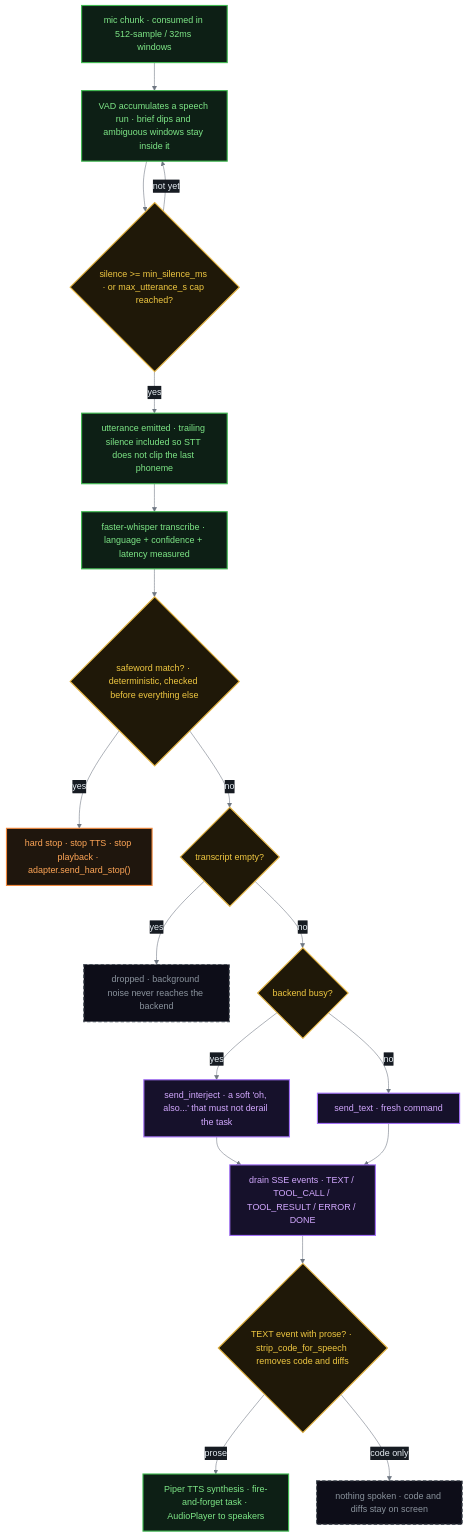
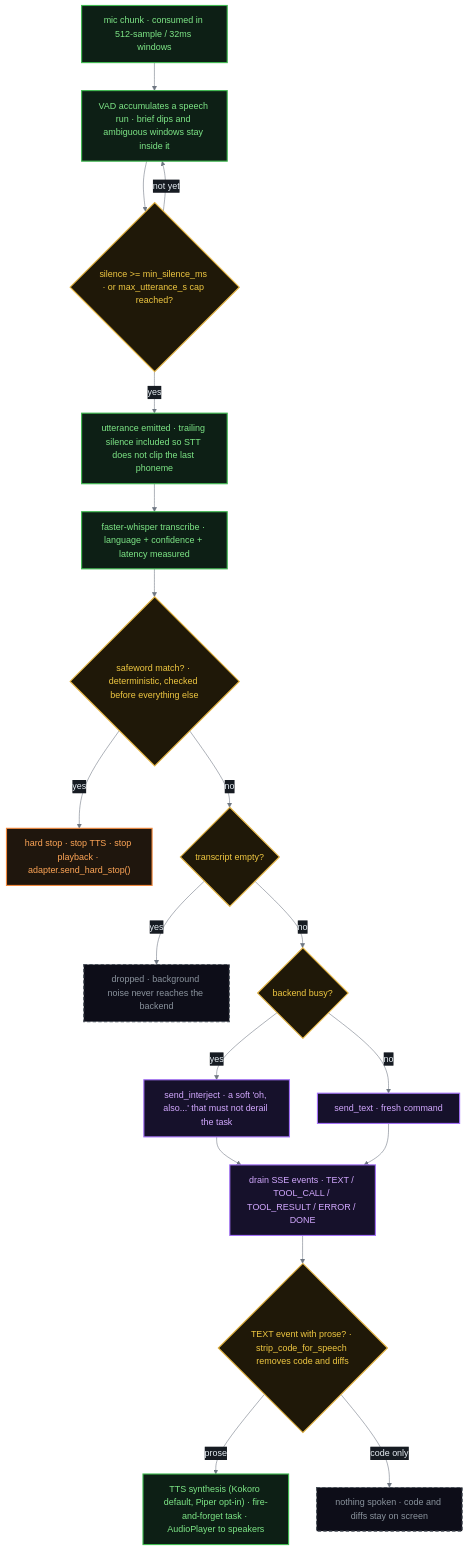
Before and after one commit to LegionForge/convobox: the second of 2 diagrams in docs/ARCHITECTURE.md, drawn with Mermaid. The commit also changed other lines of this file and 1 other file, not shown here.

First line of the commit message:
docs: fix stale Kokoro/Piper claims in STATUS.md and ARCHITECTURE.md

````diff
--- a/docs/ARCHITECTURE.md
+++ b/docs/ARCHITECTURE.md
@@ -91,39 +91,39 @@
 ```mermaid
 %%{init: {'theme': 'base', 'themeVariables': {'background': '#0d1117', 'mainBkg': '#161b22', 'primaryColor': '#1c2938', 'primaryBorderColor': '#30363d', 'primaryTextColor': '#e6edf3', 'lineColor': '#6e7681', 'clusterBkg': '#161b22', 'clusterBorder': '#30363d', 'edgeLabelBackground': '#161b22', 'titleColor': '#e6edf3'}}}%%
 flowchart TB
     classDef step     fill:#0d1f15,stroke:#3fb950,stroke-width:2px,color:#7ee787
     classDef decision fill:#1f1808,stroke:#e3b341,stroke-width:2px,color:#f0c842
     classDef stop     fill:#1f160d,stroke:#f0883e,stroke-width:2px,color:#ffa657
     classDef dropped  fill:#0d0d18,stroke:#484f58,stroke-width:2px,stroke-dasharray:6 4,color:#8b949e
     classDef backend  fill:#16112b,stroke:#a371f7,stroke-width:2px,color:#d2a8ff
 
     WIN["mic chunk · consumed in 512-sample / 32ms windows"]:::step
     ACC["VAD accumulates a speech run · brief dips and ambiguous windows stay inside it"]:::step
     ENDQ{"silence >= min_silence_ms · or max_utterance_s cap reached?"}:::decision
     UTT["utterance emitted · trailing silence included so STT does not clip the last phoneme"]:::step
     STT2["faster-whisper transcribe · language + confidence + latency measured"]:::step
     SWQ{"safeword match? · deterministic, checked before everything else"}:::decision
     HALT["hard stop · stop TTS · stop playback · adapter.send_hard_stop()"]:::stop
     EMPTYQ{"transcript empty?"}:::decision
     NOISE["dropped · background noise never reaches the backend"]:::dropped
     BUSYQ{"backend busy?"}:::decision
     INTJ["send_interject · a soft 'oh, also...' that must not derail the task"]:::backend
     SEND["send_text · fresh command"]:::backend
     EVENTS["drain SSE events · TEXT / TOOL_CALL / TOOL_RESULT / ERROR / DONE"]:::backend
     SPEAKQ{"TEXT event with prose? · strip_code_for_speech removes code and diffs"}:::decision
-    SPEAK["Piper TTS synthesis · fire-and-forget task · AudioPlayer to speakers"]:::step
+    SPEAK["TTS synthesis (Kokoro default, Piper opt-in) · fire-and-forget task · AudioPlayer to speakers"]:::step
     SILENT["nothing spoken · code and diffs stay on screen"]:::dropped
 
     WIN --> ACC --> ENDQ
     ENDQ -->|"not yet"| ACC
     ENDQ -->|"yes"| UTT --> STT2 --> SWQ
     SWQ -->|"yes"| HALT
     SWQ -->|"no"| EMPTYQ
     EMPTYQ -->|"yes"| NOISE
     EMPTYQ -->|"no"| BUSYQ
     BUSYQ -->|"yes"| INTJ --> EVENTS
     BUSYQ -->|"no"| SEND --> EVENTS
     EVENTS --> SPEAKQ
     SPEAKQ -->|"prose"| SPEAK
     SPEAKQ -->|"code only"| SILENT
 ```
````
